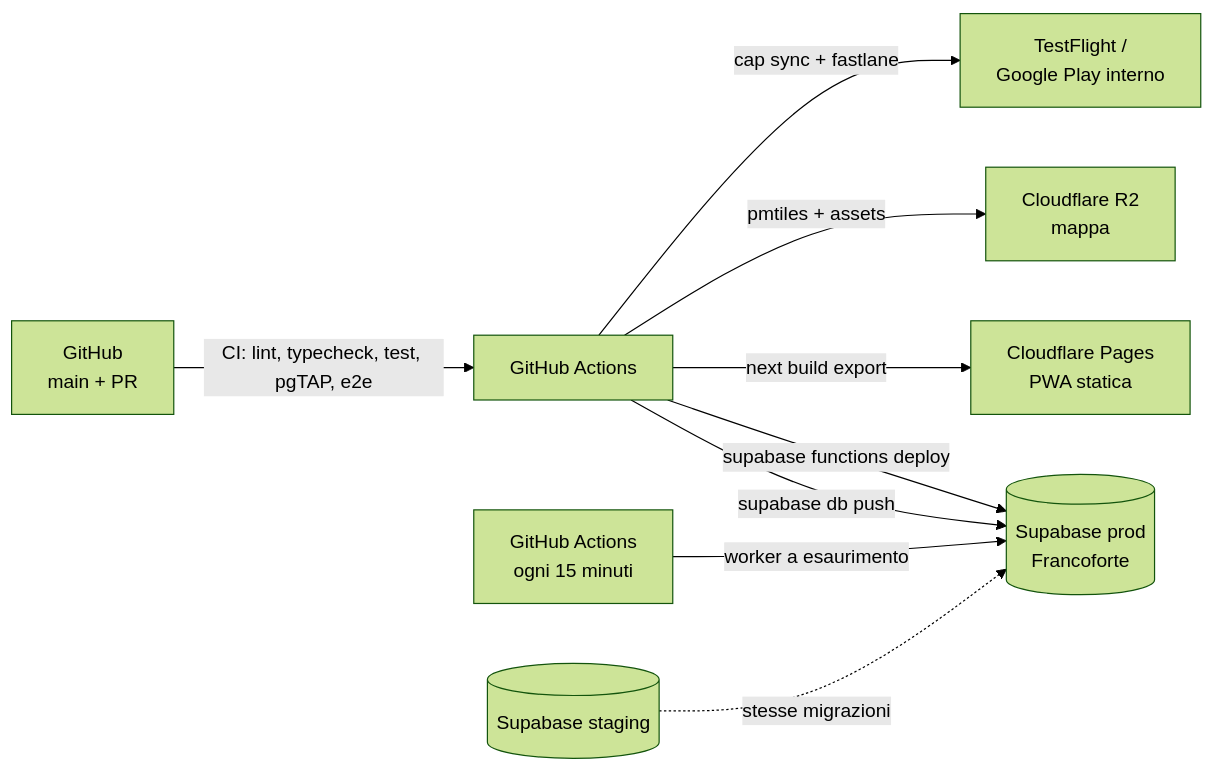
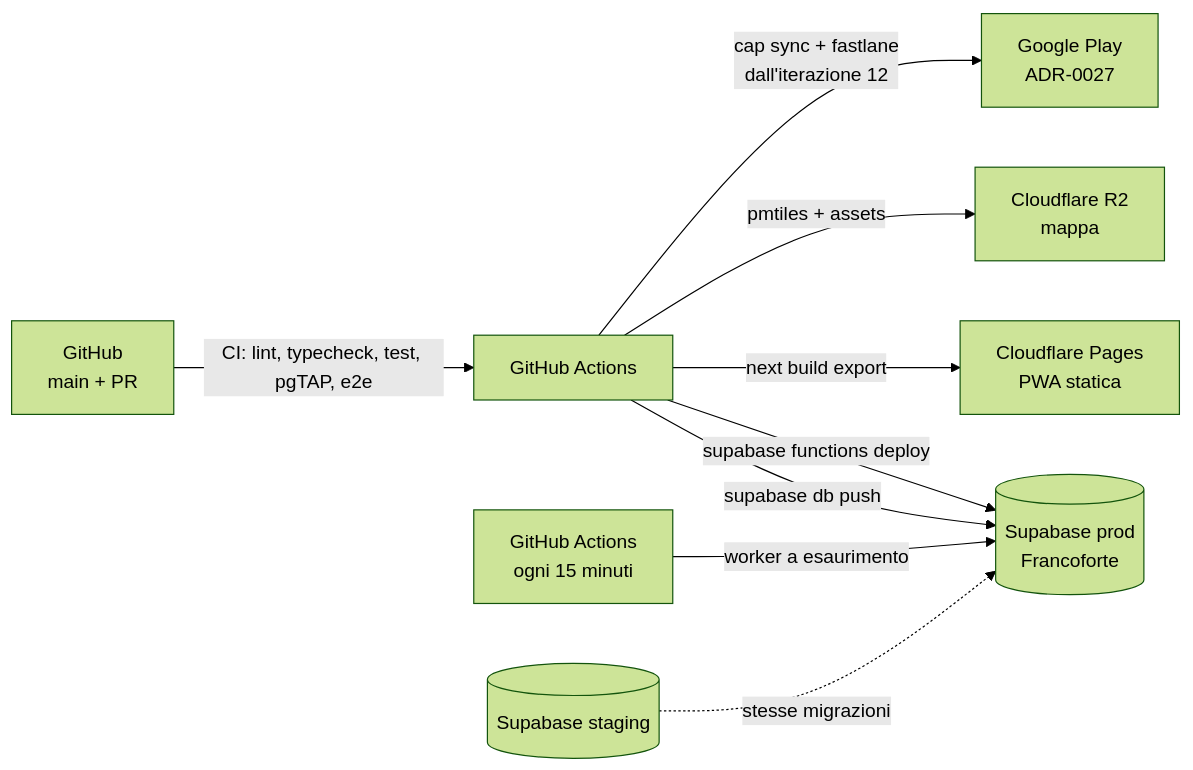
Before and after one commit to MatteoParrella/noxa: the ninth of 9 diagrams in docs/ARCHITECTURE.md, drawn with Mermaid (forest theme). The commit also changed other lines of this file and 9 other files, not shown here.

First line of the commit message:
decidi la distribuzione: Google Play per ultimo e plugin open source per la posizione

````diff
--- a/docs/ARCHITECTURE.md
+++ b/docs/ARCHITECTURE.md
@@ -383,11 +383,11 @@
 ```mermaid
 flowchart LR
     GH[GitHub<br/>main + PR] -->|CI: lint, typecheck, test, pgTAP, e2e| CI[GitHub Actions]
     CI -->|supabase db push| SBP[(Supabase prod<br/>Francoforte)]
     CI -->|supabase functions deploy| SBP
     CI -->|next build export| CFP[Cloudflare Pages<br/>PWA statica]
     CI -->|pmtiles + assets| R2[Cloudflare R2<br/>mappa]
     CRONGH[GitHub Actions<br/>ogni 15 minuti] -->|worker a esaurimento| SBP
-    CI -->|cap sync + fastlane| STORE[TestFlight /<br/>Google Play interno]
+    CI -->|cap sync + fastlane<br/>dall'iterazione 12| STORE[Google Play<br/>ADR-0027]
     SBS[(Supabase staging)] -.stesse migrazioni.-> SBP
 ```
````
